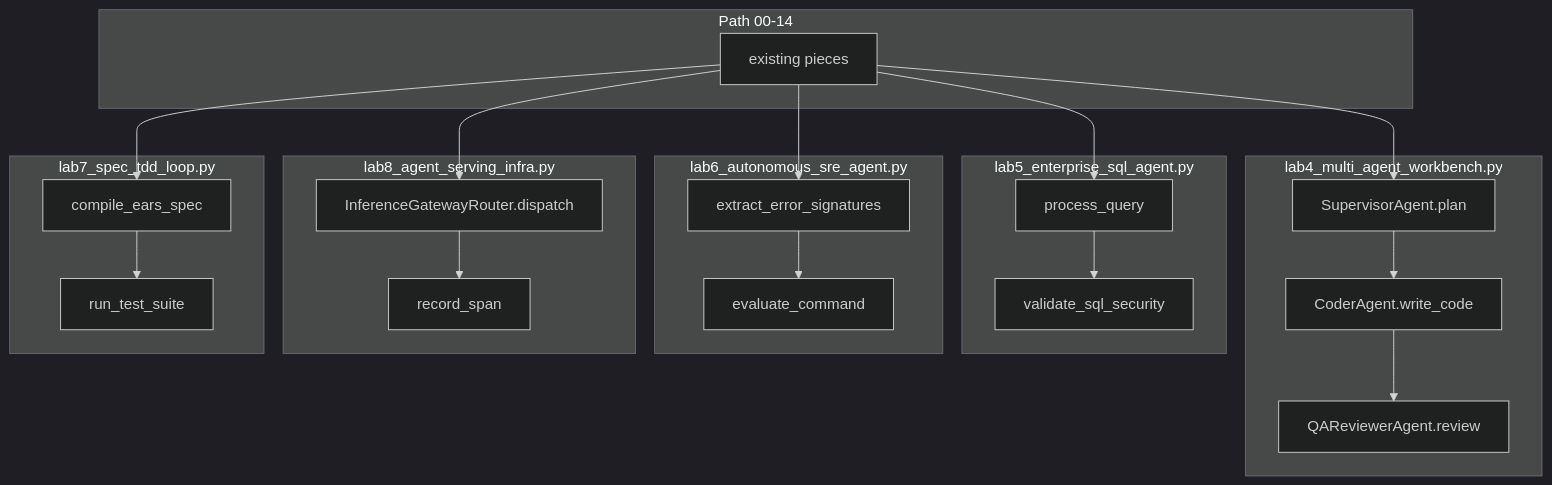
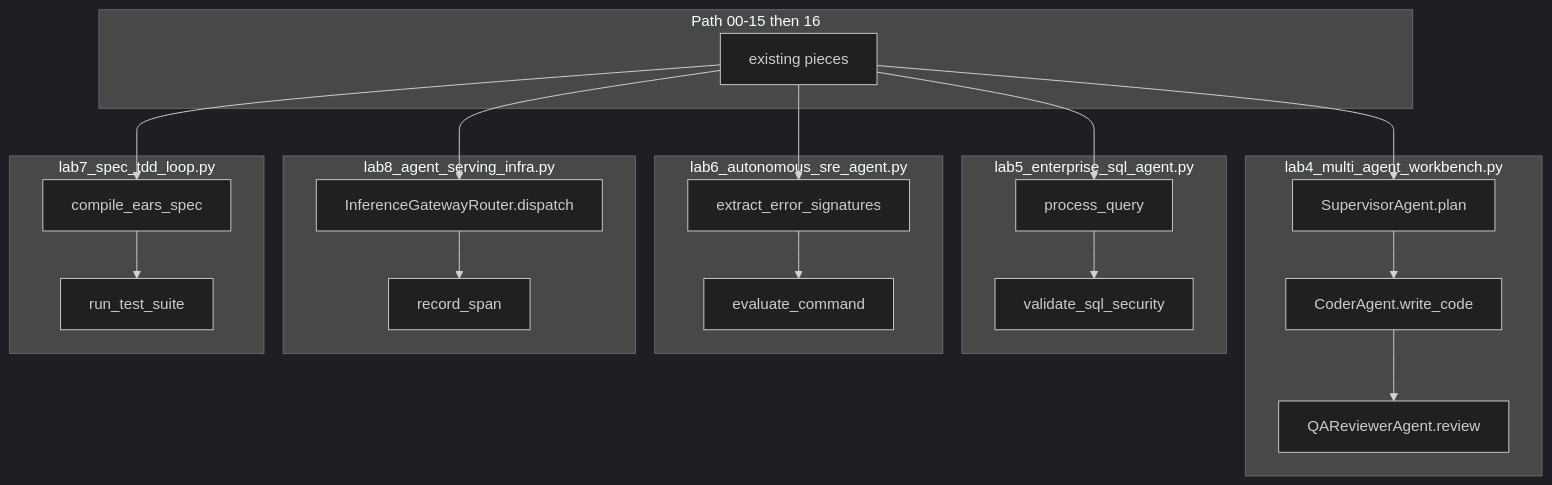
Before and after one commit to jacobbweber/AgenticAI-Labs: the diagram in education/15_synthesis/01_project_blueprints.md, drawn with Mermaid (dark theme). The commit also changed other lines of this file, not shown here.

````diff
--- a/education/15_synthesis/01_project_blueprints.md
+++ b/education/15_synthesis/01_project_blueprints.md
@@ -43,37 +41,37 @@
 ```mermaid
 flowchart TD
-    subgraph bp_path [Path 00-14]
+    subgraph bp_path [Path 00-15 then 16]
         P["existing pieces"]
     end
     subgraph bp_wb [lab4_multi_agent_workbench.py]
         SUP["SupervisorAgent.plan"]
         COD["CoderAgent.write_code"]
         QA["QAReviewerAgent.review"]
     end
     subgraph bp_sql [lab5_enterprise_sql_agent.py]
         SQL["process_query"]
         SEC["validate_sql_security"]
     end
     subgraph bp_sre [lab6_autonomous_sre_agent.py]
         TRI["extract_error_signatures"]
         GATE["evaluate_command"]
     end
     subgraph bp_srv [lab8_agent_serving_infra.py]
         GW["InferenceGatewayRouter.dispatch"]
         SPAN["record_span"]
     end
     subgraph bp_tdd [lab7_spec_tdd_loop.py]
         EARS["compile_ears_spec"]
         TEST["run_test_suite"]
     end
     P --> SUP
     P --> SQL
     P --> TRI
     P --> GW
     P --> EARS
     SUP --> COD --> QA
     SQL --> SEC
     TRI --> GATE
     GW --> SPAN
     EARS --> TEST
 ```
````
